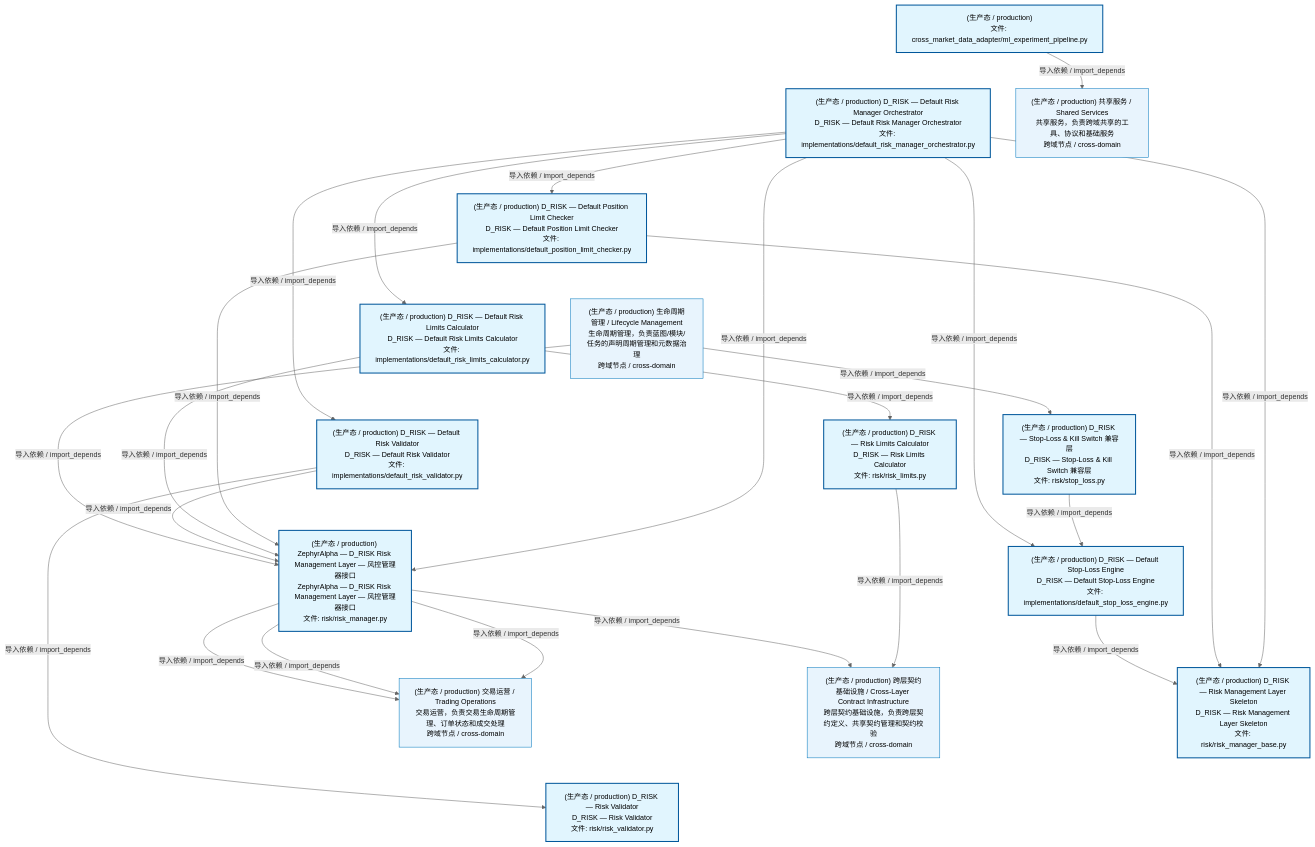
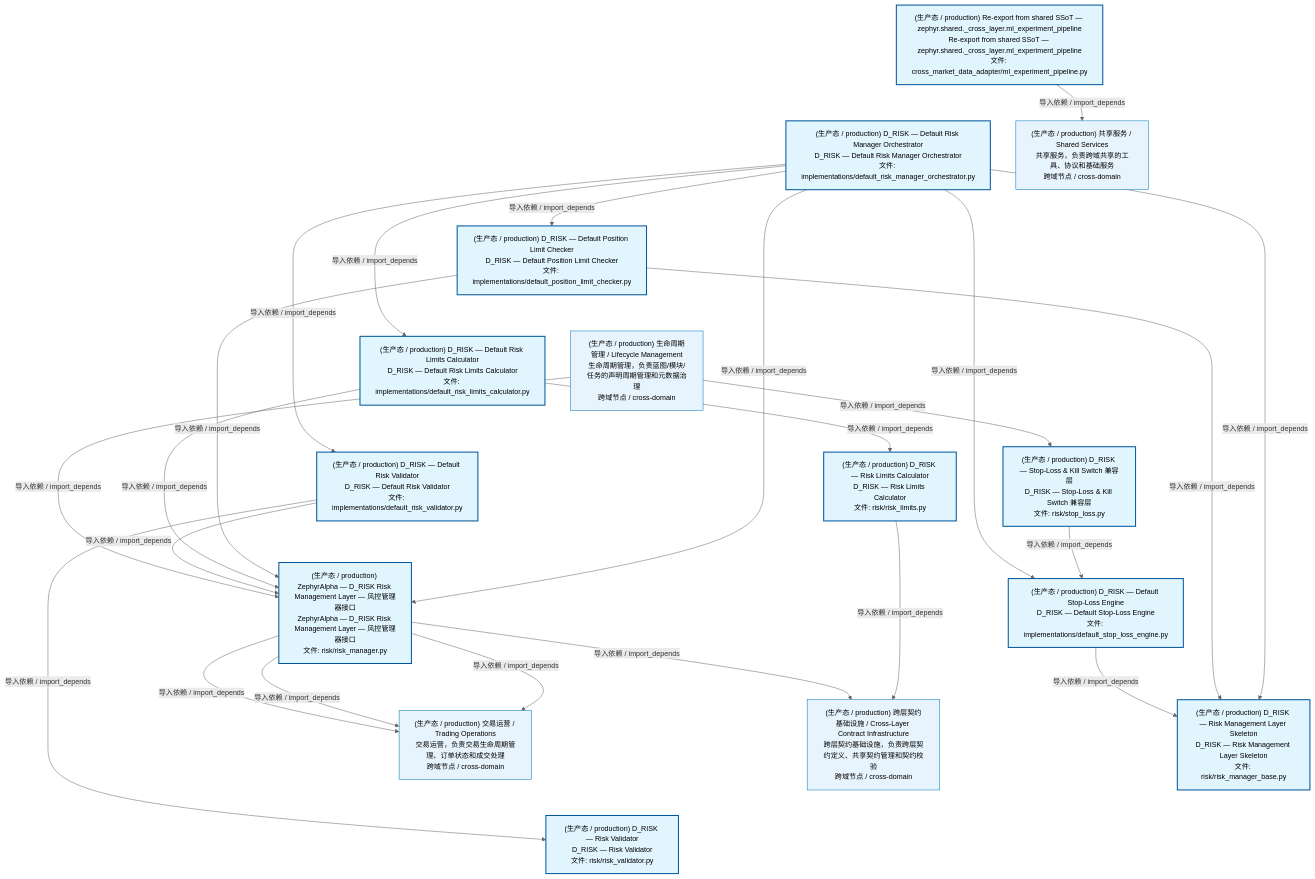
The first of 2 diagrams in docs/02_enterprise_architecture/02_domain_architecture_docs/65_d_risk.md (xuanFelixVan/ZephyrAlpha), drawn with Mermaid before and after one commit. The commit also changed other lines of this file and 54 other files, not shown here.

````diff
--- a/docs/02_enterprise_architecture/02_domain_architecture_docs/65_d_risk.md
+++ b/docs/02_enterprise_architecture/02_domain_architecture_docs/65_d_risk.md
@@ -53,55 +53,55 @@
 ```mermaid
 %%{init: {'theme': 'base', 'themeVariables': {'primaryColor': '#eaeaea', 'primaryTextColor': '#333333', 'primaryBorderColor': '#666666', 'lineColor': '#666666', 'secondaryColor': '#eaeaea', 'tertiaryColor': '#eaeaea', 'fontSize': '14px'}}}%%
 flowchart TD
-    src_zephyr_risk_cross_asset_cross_market_data_adapter_ml_experiment_pipeline_py["(生产态 / production)<br/>文件: cross_market_data_adapter/ml_experiment_pipeline.py"]
+    src_zephyr_risk_cross_asset_cross_market_data_adapter_ml_experiment_pipeline_py["(生产态 / production) Re-export from shared SSoT — zephyr.shared._cross_layer.ml_experiment_pipeline<br/>Re-export from shared SSoT — zephyr.shared._cross_layer.ml_experiment_pipeline<br/>文件: cross_market_data_adapter/ml_experiment_pipeline.py"]
     src_zephyr_risk_implementations_default_risk_manager_orchestrator_py["(生产态 / production) D_RISK — Default Risk Manager Orchestrator<br/>D_RISK — Default Risk Manager Orchestrator<br/>文件: implementations/default_risk_manager_orchestrator.py"]
     src_zephyr_risk_stop_loss_py["(生产态 / production) D_RISK — Stop-Loss & Kill Switch 兼容层<br/>D_RISK — Stop-Loss & Kill Switch 兼容层<br/>文件: risk/stop_loss.py"]
     src_zephyr_risk_cross_asset_cross_market_data_adapter_ml_experiment_pipeline_py ~~~ src_zephyr_risk_implementations_default_risk_manager_orchestrator_py
     src_zephyr_risk_implementations_default_risk_manager_orchestrator_py ~~~ src_zephyr_risk_stop_loss_py
     src_zephyr_risk_implementations_default_position_limit_checker_py["(生产态 / production) D_RISK — Default Position Limit Checker<br/>D_RISK — Default Position Limit Checker<br/>文件: implementations/default_position_limit_checker.py"]
     src_zephyr_risk_implementations_default_risk_limits_calculator_py["(生产态 / production) D_RISK — Default Risk Limits Calculator<br/>D_RISK — Default Risk Limits Calculator<br/>文件: implementations/default_risk_limits_calculator.py"]
     src_zephyr_risk_implementations_default_risk_validator_py["(生产态 / production) D_RISK — Default Risk Validator<br/>D_RISK — Default Risk Validator<br/>文件: implementations/default_risk_validator.py"]
     src_zephyr_risk_implementations_default_stop_loss_engine_py["(生产态 / production) D_RISK — Default Stop-Loss Engine<br/>D_RISK — Default Stop-Loss Engine<br/>文件: implementations/default_stop_loss_engine.py"]
     src_zephyr_risk_implementations_default_position_limit_checker_py ~~~ src_zephyr_risk_implementations_default_risk_limits_calculator_py
     src_zephyr_risk_implementations_default_risk_limits_calculator_py ~~~ src_zephyr_risk_implementations_default_risk_validator_py
     src_zephyr_risk_implementations_default_risk_validator_py ~~~ src_zephyr_risk_implementations_default_stop_loss_engine_py
     src_zephyr_risk_risk_limits_py["(生产态 / production) D_RISK — Risk Limits Calculator<br/>D_RISK — Risk Limits Calculator<br/>文件: risk/risk_limits.py"]
     src_zephyr_risk_risk_manager_py["(生产态 / production) ZephyrAlpha — D_RISK Risk Management Layer — 风控管理器接口<br/>ZephyrAlpha — D_RISK Risk Management Layer — 风控管理器接口<br/>文件: risk/risk_manager.py"]
     src_zephyr_risk_risk_manager_base_py["(生产态 / production) D_RISK — Risk Management Layer Skeleton<br/>D_RISK — Risk Management Layer Skeleton<br/>文件: risk/risk_manager_base.py"]
     src_zephyr_risk_risk_validator_py["(生产态 / production) D_RISK — Risk Validator<br/>D_RISK — Risk Validator<br/>文件: risk/risk_validator.py"]
     src_zephyr_risk_risk_limits_py ~~~ src_zephyr_risk_risk_manager_py
     src_zephyr_risk_risk_manager_py ~~~ src_zephyr_risk_risk_manager_base_py
     src_zephyr_risk_risk_manager_base_py ~~~ src_zephyr_risk_risk_validator_py
     src_zephyr_risk_stop_loss_py -->|导入依赖 / import_depends| src_zephyr_risk_implementations_default_stop_loss_engine_py
     src_zephyr_risk_implementations_default_risk_manager_orchestrator_py -->|导入依赖 / import_depends| src_zephyr_risk_risk_manager_py
     src_zephyr_risk_implementations_default_risk_manager_orchestrator_py -->|导入依赖 / import_depends| src_zephyr_risk_risk_manager_base_py
     src_zephyr_risk_implementations_default_risk_manager_orchestrator_py -->|导入依赖 / import_depends| src_zephyr_risk_implementations_default_position_limit_checker_py
     src_zephyr_risk_implementations_default_risk_manager_orchestrator_py -->|导入依赖 / import_depends| src_zephyr_risk_implementations_default_risk_limits_calculator_py
     src_zephyr_risk_implementations_default_risk_manager_orchestrator_py -->|导入依赖 / import_depends| src_zephyr_risk_implementations_default_stop_loss_engine_py
     src_zephyr_risk_implementations_default_risk_manager_orchestrator_py -->|导入依赖 / import_depends| src_zephyr_risk_implementations_default_risk_validator_py
     src_zephyr_risk_implementations_default_position_limit_checker_py -->|导入依赖 / import_depends| src_zephyr_risk_risk_manager_py
     src_zephyr_risk_implementations_default_position_limit_checker_py -->|导入依赖 / import_depends| src_zephyr_risk_risk_manager_base_py
     src_zephyr_risk_implementations_default_risk_limits_calculator_py -->|导入依赖 / import_depends| src_zephyr_risk_risk_manager_py
     src_zephyr_risk_implementations_default_risk_limits_calculator_py -->|导入依赖 / import_depends| src_zephyr_risk_risk_limits_py
     src_zephyr_risk_implementations_default_stop_loss_engine_py -->|导入依赖 / import_depends| src_zephyr_risk_risk_manager_base_py
     src_zephyr_risk_implementations_default_risk_validator_py -->|导入依赖 / import_depends| src_zephyr_risk_risk_manager_py
     src_zephyr_risk_implementations_default_risk_validator_py -->|导入依赖 / import_depends| src_zephyr_risk_risk_validator_py
     D_TRADING["(生产态 / production) 交易运营 / Trading Operations<br/>交易运营，负责交易生命周期管理、订单状态和成交处理<br/>跨域节点 / cross-domain"]
     src_zephyr_risk_risk_manager_py -->|导入依赖 / import_depends| D_TRADING
     src_zephyr_risk_risk_manager_py -->|导入依赖 / import_depends| D_TRADING
     D_INFRASTRUCTURE["(生产态 / production) 跨层契约基础设施 / Cross-Layer Contract Infrastructure<br/>跨层契约基础设施，负责跨层契约定义、共享契约管理和契约校验<br/>跨域节点 / cross-domain"]
     src_zephyr_risk_risk_limits_py -->|导入依赖 / import_depends| D_INFRASTRUCTURE
     D_SHARED["(生产态 / production) 共享服务 / Shared Services<br/>共享服务，负责跨域共享的工具、协议和基础服务<br/>跨域节点 / cross-domain"]
     src_zephyr_risk_cross_asset_cross_market_data_adapter_ml_experiment_pipeline_py -->|导入依赖 / import_depends| D_SHARED
     src_zephyr_risk_risk_manager_py -->|导入依赖 / import_depends| D_INFRASTRUCTURE
     src_zephyr_risk_risk_manager_py -->|导入依赖 / import_depends| D_TRADING
     D_GOVERNANCE["(生产态 / production) 生命周期管理 / Lifecycle Management<br/>生命周期管理，负责蓝图/模块/任务的声明周期管理和元数据治理<br/>跨域节点 / cross-domain"]
     D_GOVERNANCE -->|导入依赖 / import_depends| src_zephyr_risk_stop_loss_py
     D_GOVERNANCE -->|导入依赖 / import_depends| src_zephyr_risk_risk_manager_py
     classDef production fill:#e1f5fe,stroke:#01579b,stroke-width:2px,color:#000
     classDef design fill:#fff3e0,stroke:#e65100,stroke-width:2px,color:#000,stroke-dasharray: 5 5
     classDef external_prod fill:#e8f4fd,stroke:#0277bd,stroke-width:1px,color:#000
     classDef external_design fill:#fff8e7,stroke:#ef6c00,stroke-width:1px,color:#000,stroke-dasharray: 5 5
     class src_zephyr_risk_cross_asset_cross_market_data_adapter_ml_experiment_pipeline_py,src_zephyr_risk_implementations_default_position_limit_checker_py,src_zephyr_risk_implementations_default_risk_limits_calculator_py,src_zephyr_risk_implementations_default_risk_manager_orchestrator_py,src_zephyr_risk_implementations_default_risk_validator_py,src_zephyr_risk_implementations_default_stop_loss_engine_py,src_zephyr_risk_risk_limits_py,src_zephyr_risk_risk_manager_py,src_zephyr_risk_risk_manager_base_py,src_zephyr_risk_risk_validator_py,src_zephyr_risk_stop_loss_py production
     class D_TRADING,D_INFRASTRUCTURE,D_SHARED,D_GOVERNANCE external_prod
 ```
````
